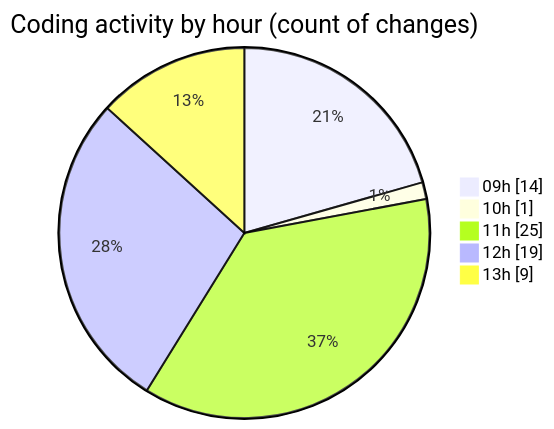
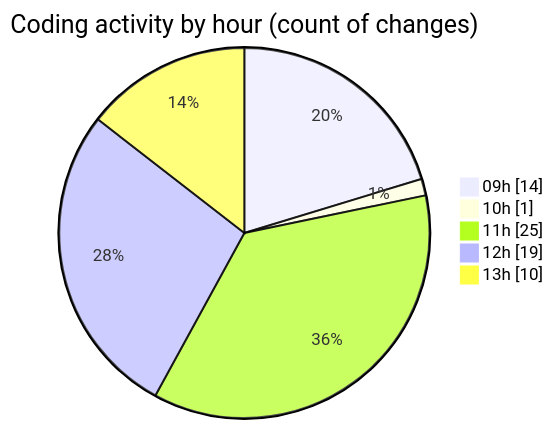
Before and after one commit to momahboobian/code-tracking: the second of 2 diagrams in 2025-12-05/cda/README.md, drawn with Mermaid. The commit also changed other lines of this file and 1 other file, not shown here.

````diff
--- a/2025-12-05/cda/README.md
+++ b/2025-12-05/cda/README.md
@@ -47,9 +48,9 @@
 ```mermaid
 pie showData
 title Coding activity by hour (count of changes)
 "09h" : 14
 "10h" : 1
 "11h" : 25
 "12h" : 19
-"13h" : 9
+"13h" : 10
 ```
````
